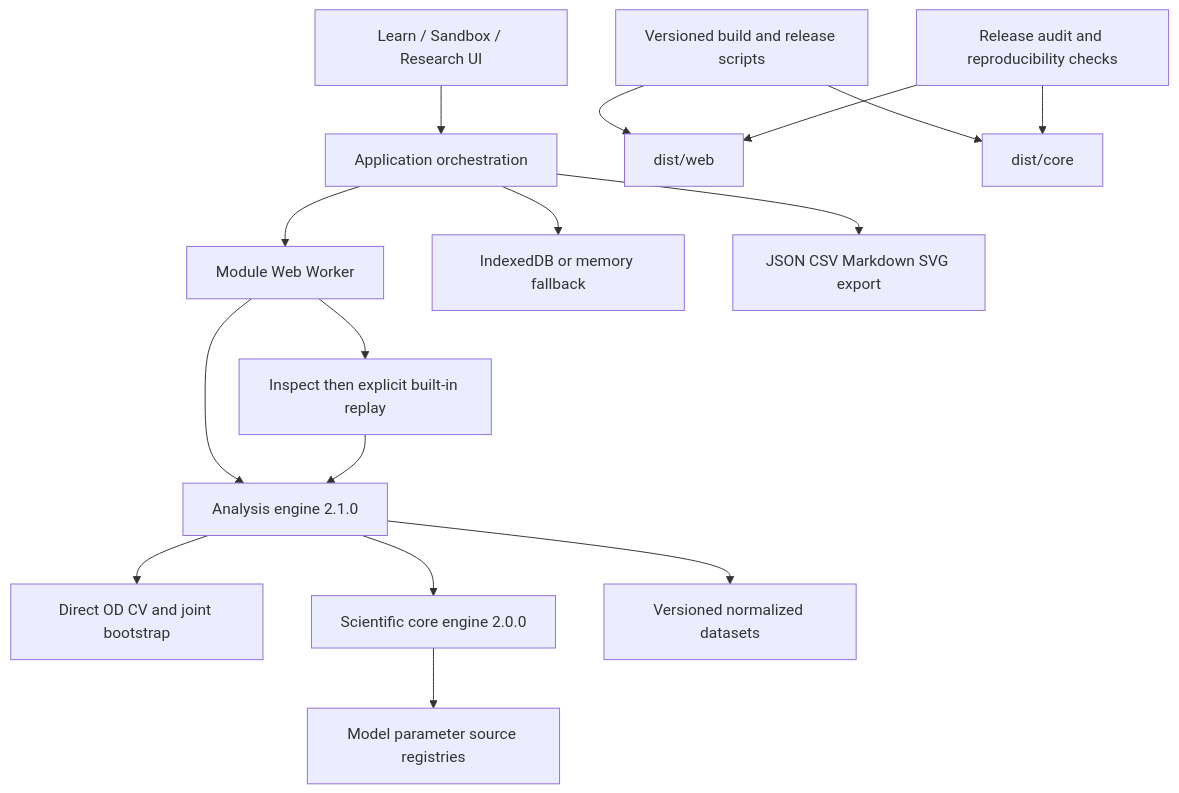
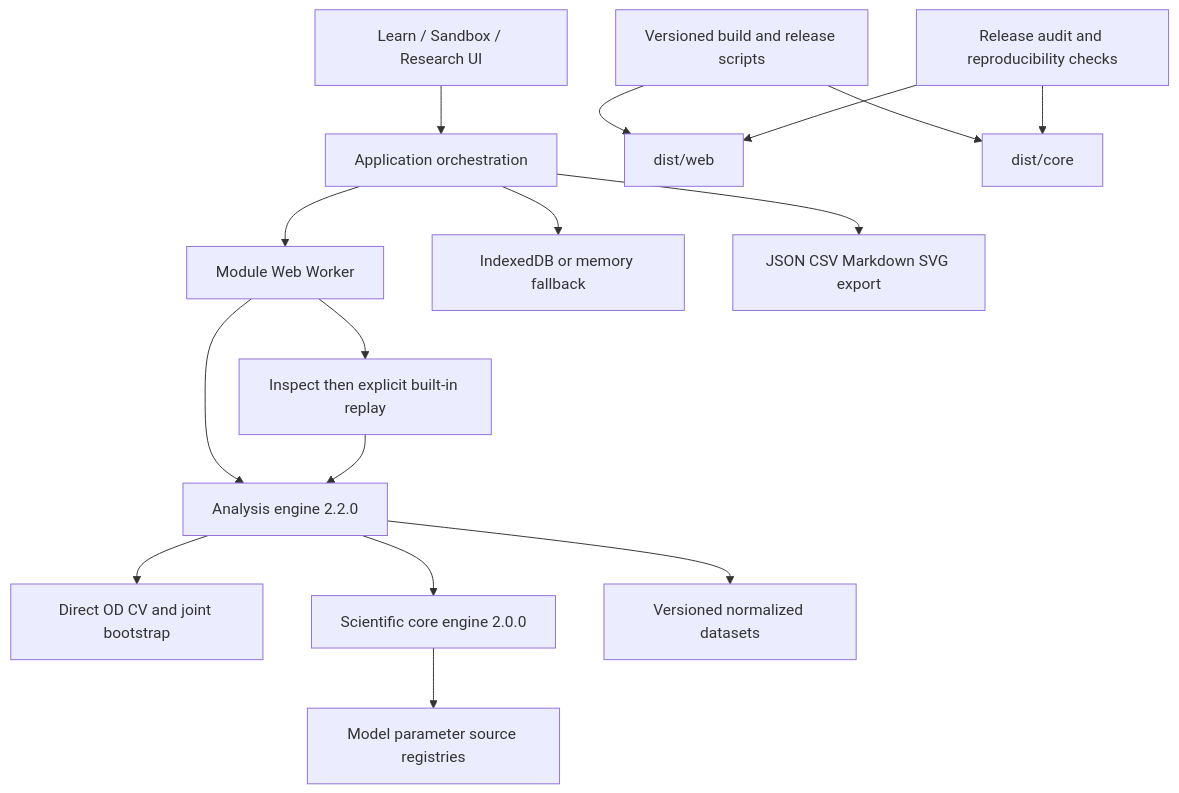
One commit to Keng0nion/ecolab-antibiotic-modeling changed the diagram in docs/architecture.md. Above: the diagram before and after it, drawn with Mermaid. The commit also changed other lines of this file and 68 other files, not shown here.

````diff
--- a/docs/architecture.md
+++ b/docs/architecture.md
@@ -12,18 +12,18 @@
 ```mermaid
 flowchart TD
     UI[Learn / Sandbox / Research UI] --> APP[Application orchestration]
     APP --> WORKER[Module Web Worker]
     APP --> STORAGE[IndexedDB or memory fallback]
     APP --> EXPORT[JSON CSV Markdown SVG export]
-    WORKER --> ANALYSIS[Analysis engine 2.1.0]
+    WORKER --> ANALYSIS[Analysis engine 2.2.0]
     ANALYSIS --> GROWTH[Direct OD CV and joint bootstrap]
     WORKER --> REPLAY[Inspect then explicit built-in replay]
     REPLAY --> ANALYSIS
     ANALYSIS --> CORE[Scientific core engine 2.0.0]
     CORE --> REGISTRY[Model parameter source registries]
     ANALYSIS --> DATA[Versioned normalized datasets]
     BUILD[Versioned build and release scripts] --> WEB[dist/web]
     BUILD --> PACKAGE[dist/core]
     AUDIT[Release audit and reproducibility checks] --> WEB
     AUDIT --> PACKAGE
 ```
````
